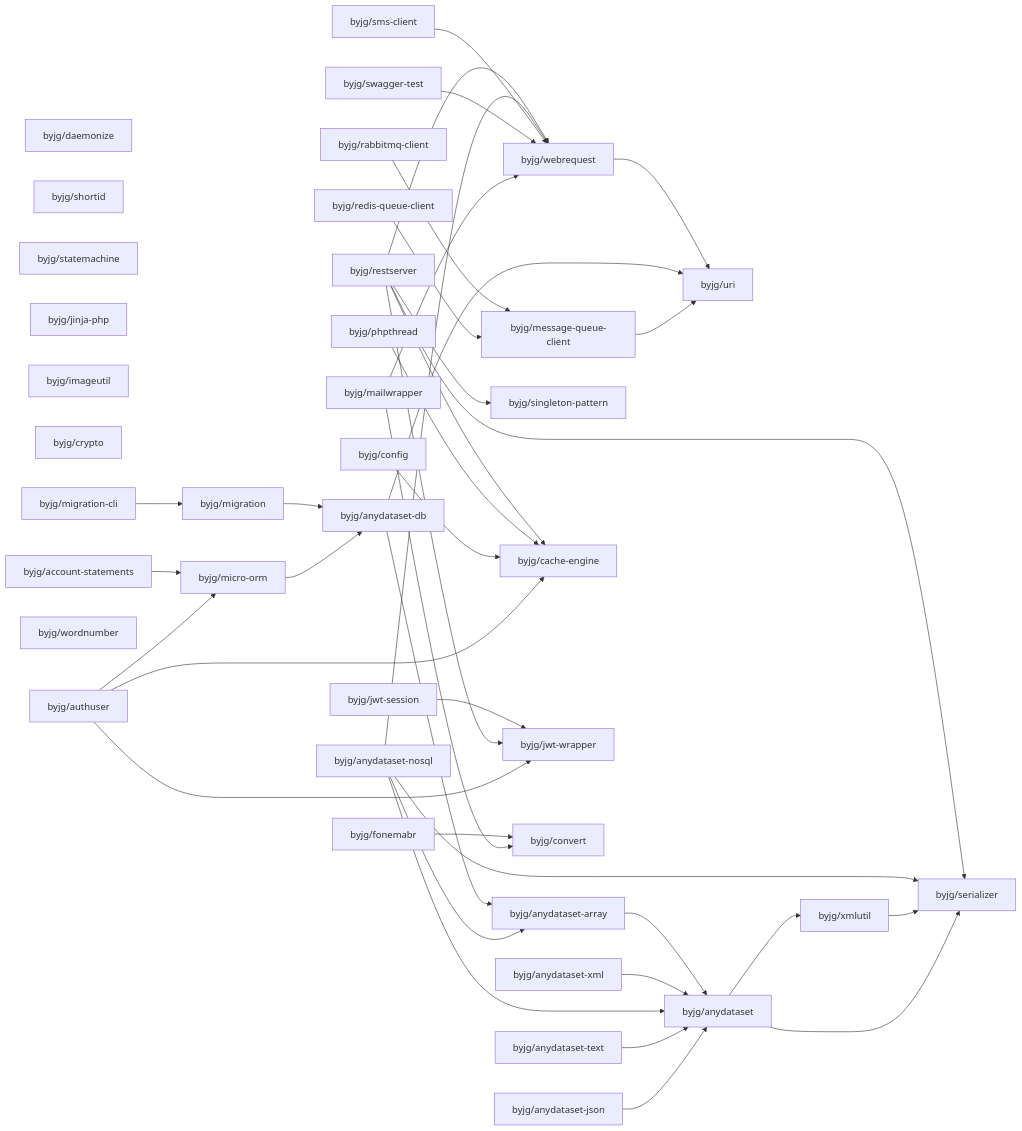
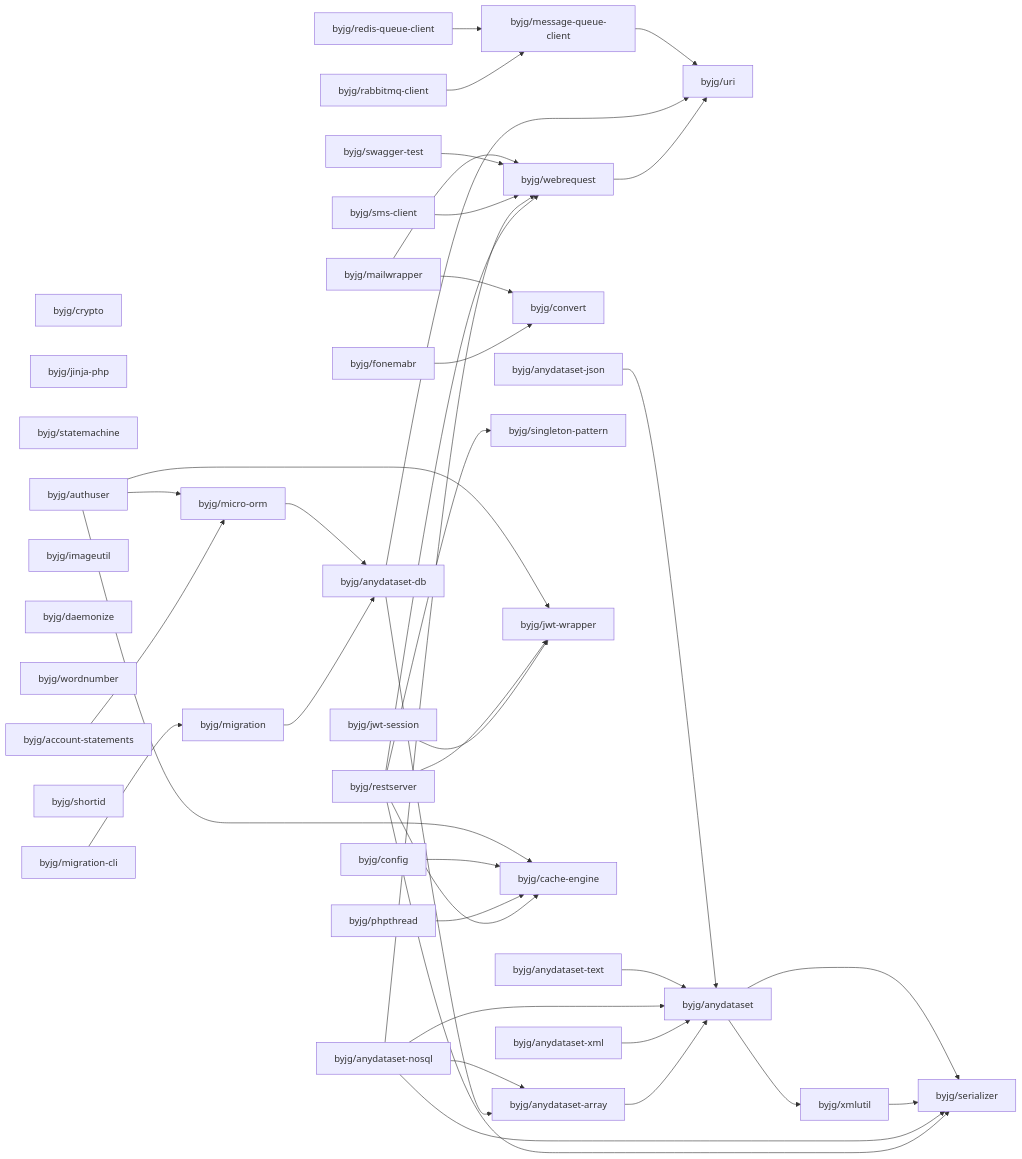
The diagram in docs/php/README.md (byjg/byjg.github.io), drawn with Mermaid before and after one commit. The commit also changed other lines of this file and 2 other files, not shown here.

Commit message:
Update documentation 'php' 'php-micro-orm'

````diff
--- a/docs/php/README.md
+++ b/docs/php/README.md
@@ -3,78 +3,78 @@
 ```mermaid
 graph LR;
+  byjg/mailwrapper;
+  byjg/fonemabr;
+  byjg/anydataset-json;
+  byjg/crypto;
   byjg/jwt-session;
+  byjg/jinja-php;
+  byjg/statemachine;
+  byjg/swagger-test;
+  byjg/authuser;
+  byjg/redis-queue-client;
+  byjg/imageutil;
+  byjg/daemonize;
+  byjg/rabbitmq-client;
+  byjg/wordnumber;
+  byjg/account-statements;
+  byjg/anydataset-nosql;
+  byjg/anydataset-text;
   byjg/restserver;
   byjg/phpthread;
-  byjg/anydataset-text;
-  byjg/fonemabr;
-  byjg/daemonize;
+  byjg/config;
   byjg/shortid;
-  byjg/statemachine;
-  byjg/config;
-  byjg/jinja-php;
-  byjg/rabbitmq-client;
+  byjg/sms-client;
+  byjg/migration-cli;
   byjg/anydataset-xml;
-  byjg/imageutil;
-  byjg/crypto;
-  byjg/account-statements;
-  byjg/anydataset-json;
-  byjg/redis-queue-client;
-  byjg/migration-cli;
-  byjg/wordnumber;
-  byjg/sms-client;
-  byjg/authuser;
-  byjg/mailwrapper;
-  byjg/swagger-test;
-  byjg/anydataset-nosql;
+  byjg/convert;
+  byjg/message-queue-client;
+  byjg/micro-orm;
   byjg/singleton-pattern;
-  byjg/message-queue-client;
+  byjg/jwt-wrapper;
+  byjg/cache-engine;
+  byjg/webrequest;
   byjg/migration;
-  byjg/micro-orm;
-  byjg/cache-engine;
-  byjg/jwt-wrapper;
-  byjg/convert;
-  byjg/webrequest;
   byjg/anydataset-db;
   byjg/anydataset-array;
   byjg/uri;
   byjg/anydataset;
   byjg/xmlutil;
   byjg/serializer;
   byjg/account-statements --> byjg/micro-orm;
   byjg/fonemabr --> byjg/convert;
   byjg/webrequest --> byjg/uri;
   byjg/anydataset-array --> byjg/anydataset;
   byjg/anydataset-xml --> byjg/anydataset;
   byjg/rabbitmq-client --> byjg/message-queue-client;
   byjg/redis-queue-client --> byjg/message-queue-client;
   byjg/jwt-session --> byjg/jwt-wrapper;
   byjg/anydataset-db --> byjg/anydataset-array;
   byjg/anydataset-db --> byjg/uri;
   byjg/restserver --> byjg/serializer;
   byjg/restserver --> byjg/singleton-pattern;
   byjg/restserver --> byjg/cache-engine;
   byjg/restserver --> byjg/webrequest;
   byjg/restserver --> byjg/jwt-wrapper;
   byjg/migration --> byjg/anydataset-db;
   byjg/anydataset-nosql --> byjg/anydataset;
   byjg/anydataset-nosql --> byjg/anydataset-array;
   byjg/anydataset-nosql --> byjg/serializer;
   byjg/anydataset-nosql --> byjg/webrequest;
   byjg/phpthread --> byjg/cache-engine;
   byjg/sms-client --> byjg/webrequest;
   byjg/swagger-test --> byjg/webrequest;
   byjg/migration-cli --> byjg/migration;
   byjg/config --> byjg/cache-engine;
   byjg/anydataset-text --> byjg/anydataset;
   byjg/micro-orm --> byjg/anydataset-db;
   byjg/authuser --> byjg/micro-orm;
   byjg/authuser --> byjg/cache-engine;
   byjg/authuser --> byjg/jwt-wrapper;
   byjg/anydataset-json --> byjg/anydataset;
   byjg/mailwrapper --> byjg/convert;
   byjg/mailwrapper --> byjg/webrequest;
   byjg/xmlutil --> byjg/serializer;
   byjg/anydataset --> byjg/serializer;
   byjg/anydataset --> byjg/xmlutil;
   byjg/message-queue-client --> byjg/uri;
 ```
````
